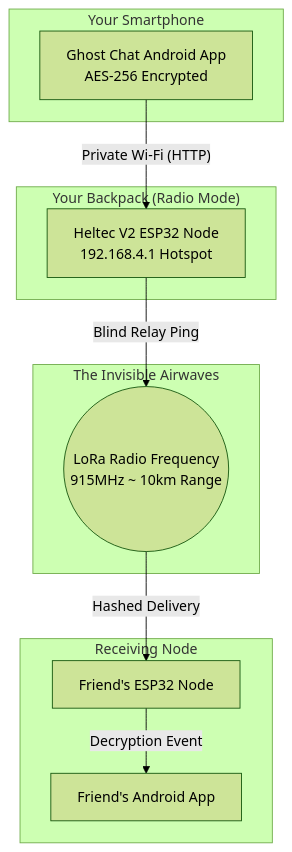
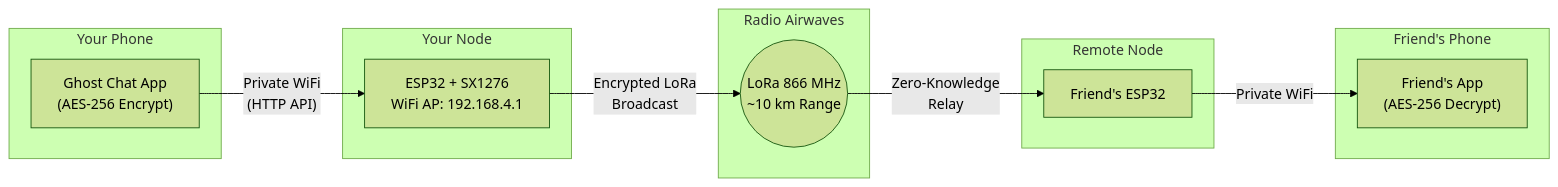
Before and after one commit to acro777x/Ghost_Chat: the diagram in README.md, drawn with Mermaid (forest theme). The commit also changed other lines of this file, not shown here.

Commit message:
Complete README overhaul: full architecture, API docs, protocol specs, deployment guide, feature matrix

````diff
--- a/README.md
+++ b/README.md
@@ -27,24 +55,27 @@
 ```mermaid
-graph TD
-    subgraph "Your Smartphone"
-        A[Ghost Chat Android App<br>AES-256 Encrypted]
+graph LR
+    subgraph "Your Phone"
+        A["Ghost Chat App<br>(AES-256 Encrypt)"]
     end
     
-    subgraph "Your Backpack (Radio Mode)"
-        B[Heltec V2 ESP32 Node<br>192.168.4.1 Hotspot]
+    subgraph "Your Node"
+        B["ESP32 + SX1276<br>WiFi AP: 192.168.4.1"]
     end
     
-    subgraph "The Invisible Airwaves"
-        C((LoRa Radio Frequency<br>915MHz ~ 10km Range))
+    subgraph "Radio Airwaves"
+        C(("LoRa 866 MHz<br>~10 km Range"))
     end
     
-    subgraph "Receiving Node"
-        D[Friend's ESP32 Node]
-        E[Friend's Android App]
+    subgraph "Remote Node"
+        D["Friend's ESP32"]
+    end
+    
+    subgraph "Friend's Phone"
+        E["Friend's App<br>(AES-256 Decrypt)"]
     end
 
-    A -- "Private Wi-Fi (HTTP)" --> B
-    B -- "Blind Relay Ping" --> C
-    C -- "Hashed Delivery" --> D
-    D -- "Decryption Event" --> E
+    A -- "Private WiFi<br>(HTTP API)" --> B
+    B -- "Encrypted LoRa<br>Broadcast" --> C
+    C -- "Zero-Knowledge<br>Relay" --> D
+    D -- "Private WiFi" --> E
 ```
````
